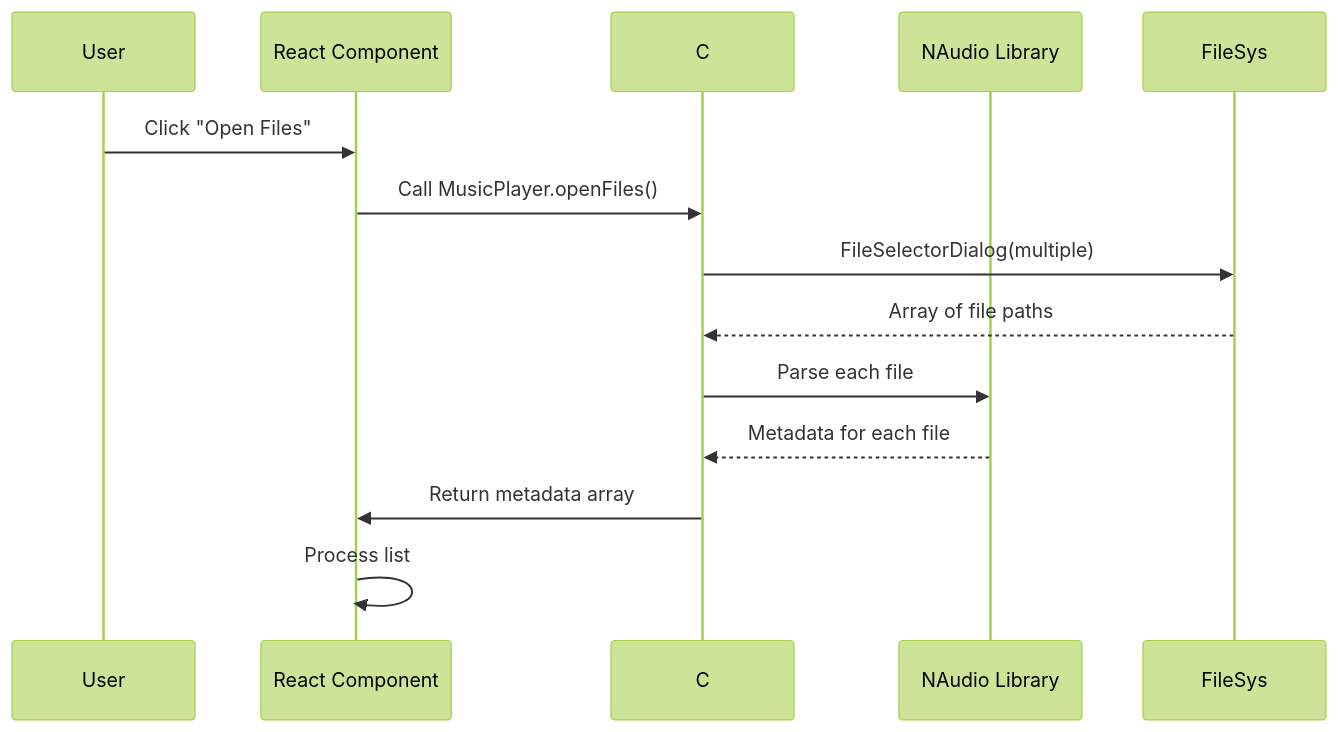
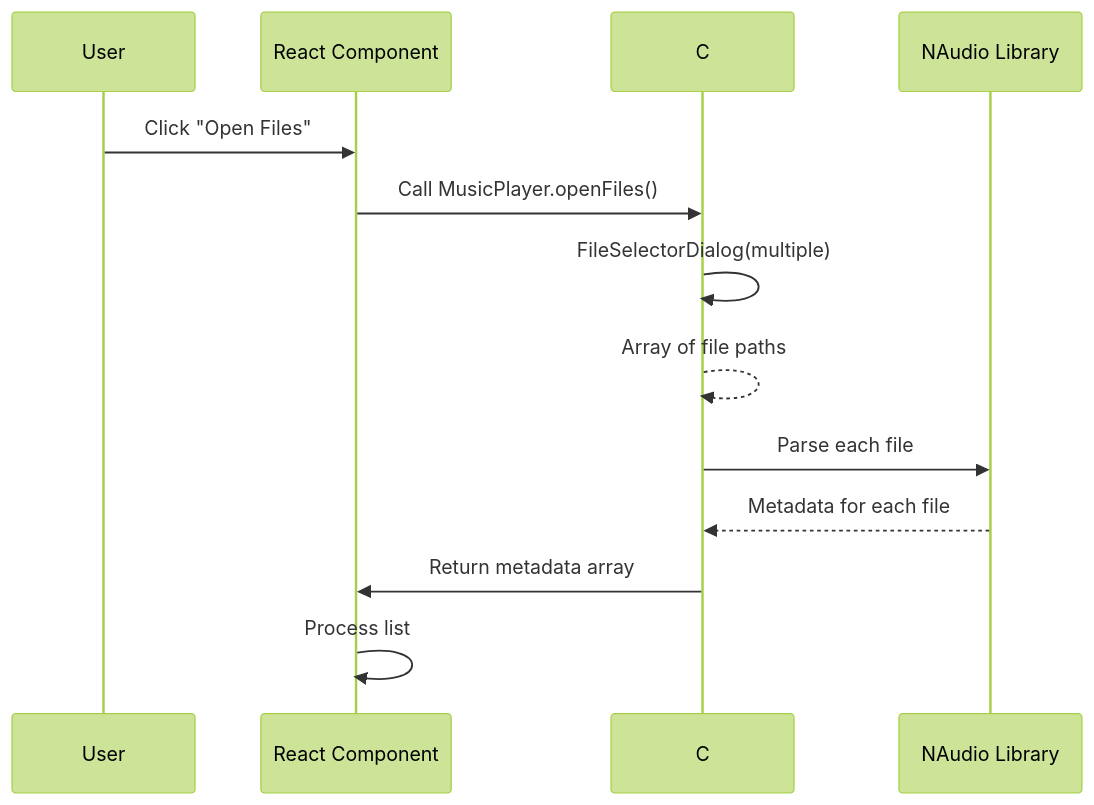
Before and after one commit to Dinand01/MusicPlayer: the fifth of 13 diagrams in docs/HOW-IT-WORKS.md, drawn with Mermaid (forest theme). The commit also changed other lines of this file and 30 other files, not shown here.

````diff
--- a/docs/HOW-IT-WORKS.md
+++ b/docs/HOW-IT-WORKS.md
@@ -134,16 +138,16 @@
 ```mermaid
 sequenceDiagram
     participant User as User
     participant React as React Component
     participant C# as C# Bridge
     participant NAudio as NAudio Library
 
     User->>React: Click "Open Files"
     React->>C#: Call MusicPlayer.openFiles()
-    C#->>FileSys: FileSelectorDialog(multiple)
-    FileSys-->>C#: Array of file paths
+    C#->>C#: FileSelectorDialog(multiple)
+    C#-->>C#: Array of file paths
     C#->>NAudio: Parse each file
     NAudio-->>C#: Metadata for each file
     C#->>React: Return metadata array
     React->>React: Process list
 ```
````
